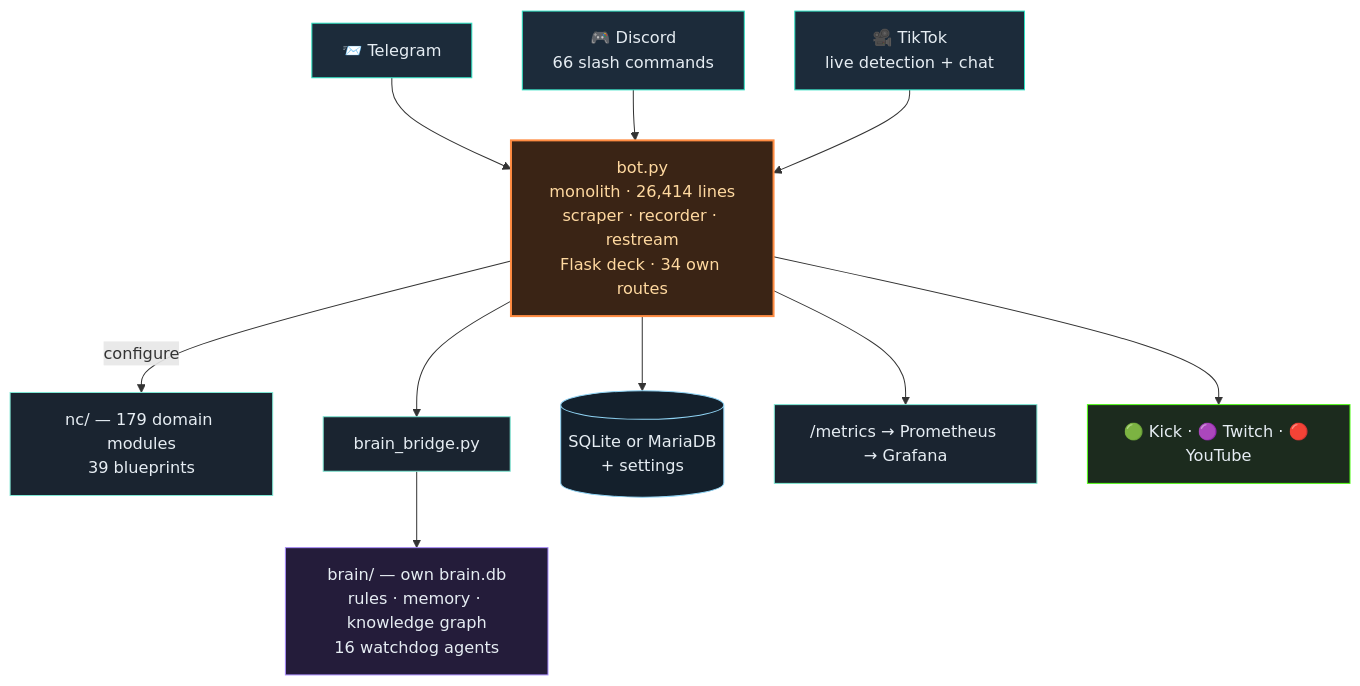
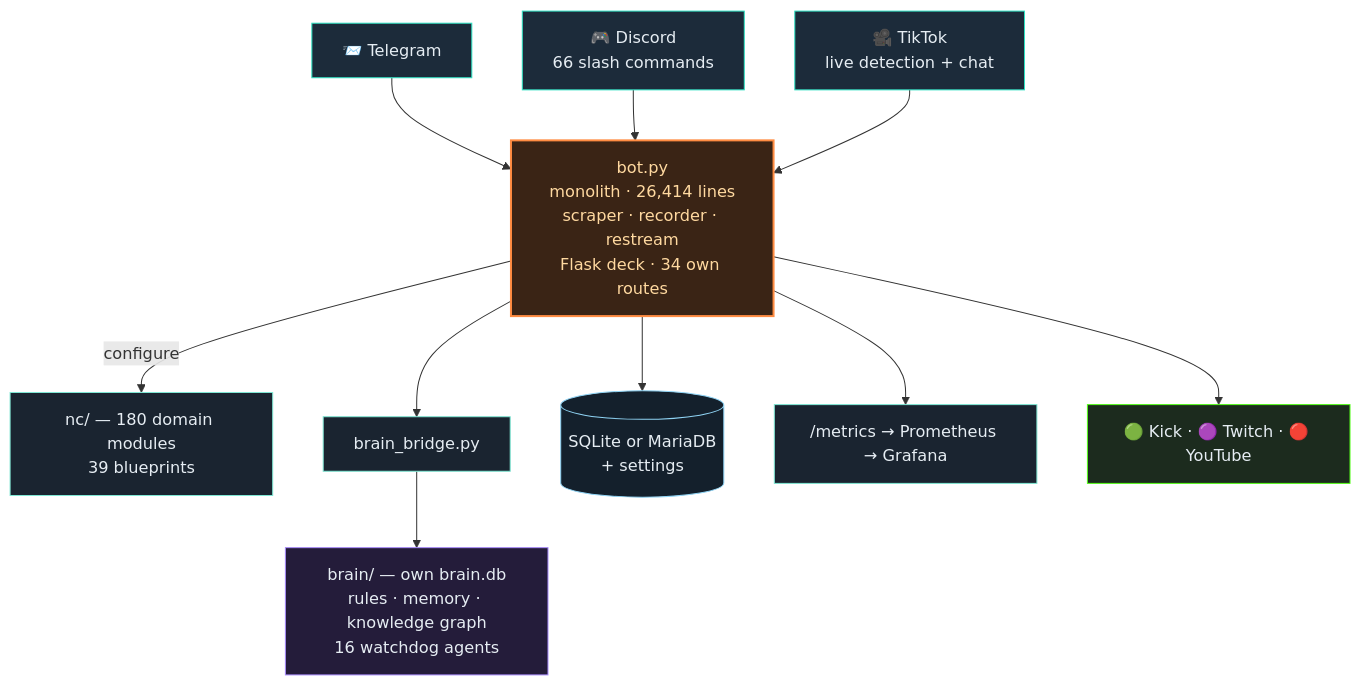
One commit to itsamemedev/Telegram-Stream-Info-Bot changed the second of 3 diagrams in README.en.md. Above: the diagram before and after it, drawn with Mermaid. The commit also changed other lines of this file and 10 other files, not shown here.

````diff
--- a/README.en.md
+++ b/README.en.md
@@ -119,19 +119,19 @@
 ```mermaid
 flowchart TB
     TG["📨 Telegram"]:::ein --> BOT
     DC["🎮 Discord<br/>66 slash commands"]:::ein --> BOT
     TT["🎥 TikTok<br/>live detection + chat"]:::ein --> BOT
     BOT["bot.py<br/>monolith · 26,414 lines<br/>scraper · recorder · restream<br/>Flask deck · 34 own routes"]:::core
-    BOT -->|configure| NC["nc/ — 179 domain modules<br/>39 blueprints"]:::lib
+    BOT -->|configure| NC["nc/ — 180 domain modules<br/>39 blueprints"]:::lib
     BOT --> BR["brain_bridge.py"]:::lib
     BR --> BRAIN["brain/ — own brain.db<br/>rules · memory · knowledge graph<br/>16 watchdog agents"]:::brain
     BOT --> DB[("SQLite or MariaDB<br/>+ settings")]:::db
     BOT --> PROM["/metrics → Prometheus → Grafana"]:::lib
     BOT --> OUT["🟢 Kick · 🟣 Twitch · 🔴 YouTube"]:::out
     classDef ein fill:#1c2b3a,stroke:#2de1c2,color:#e6edf3
     classDef core fill:#3a2415,stroke:#ff8c42,stroke-width:2px,color:#ffd9a0
     classDef lib fill:#1a2430,stroke:#7fe7d4,color:#e6edf3
     classDef brain fill:#241c3a,stroke:#a78bfa,color:#e6edf3
     classDef db fill:#14202c,stroke:#8fd3f4,color:#e6edf3
     classDef out fill:#1c2b1e,stroke:#53fc18,color:#e6edf3
 ```
````
